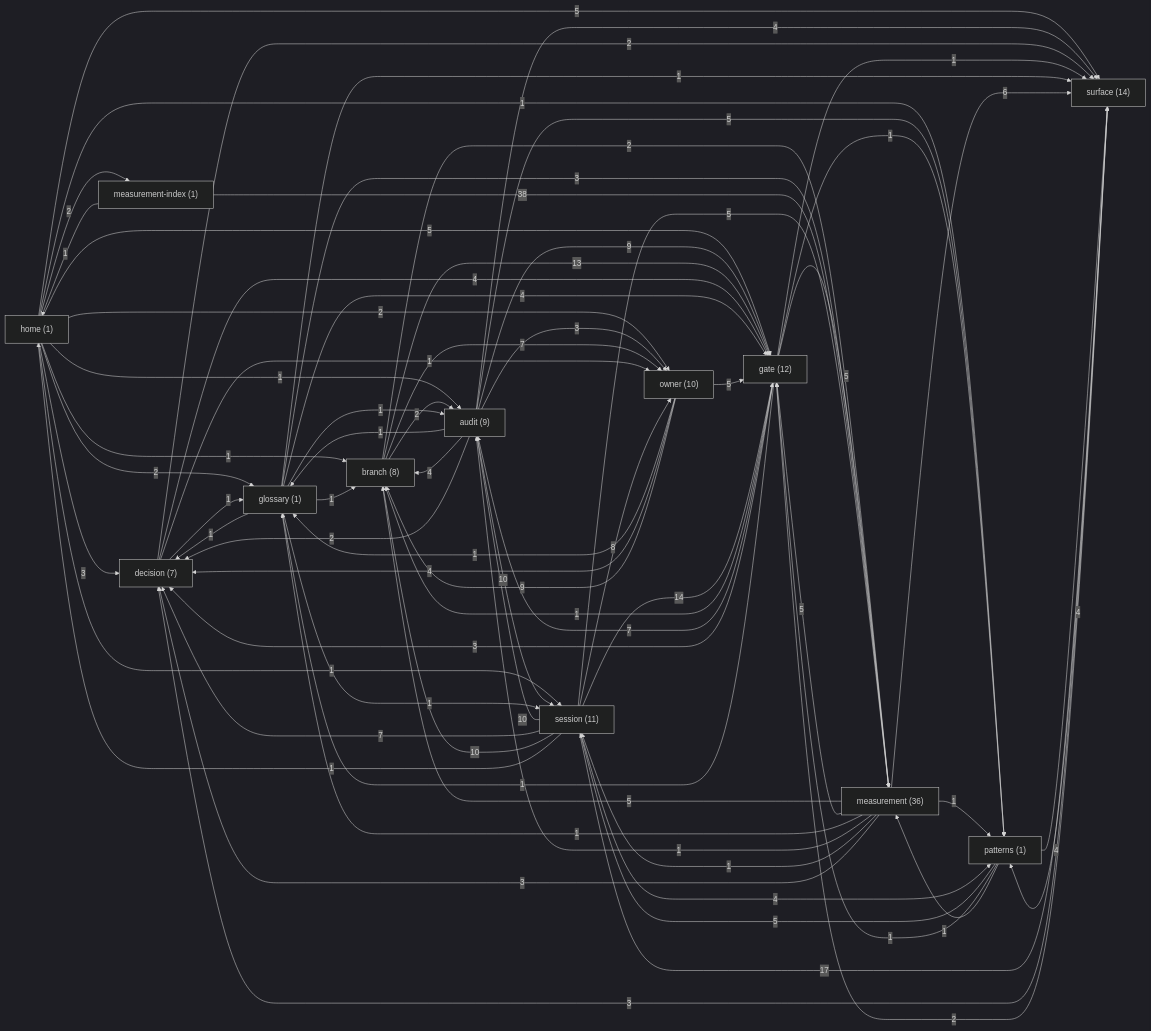
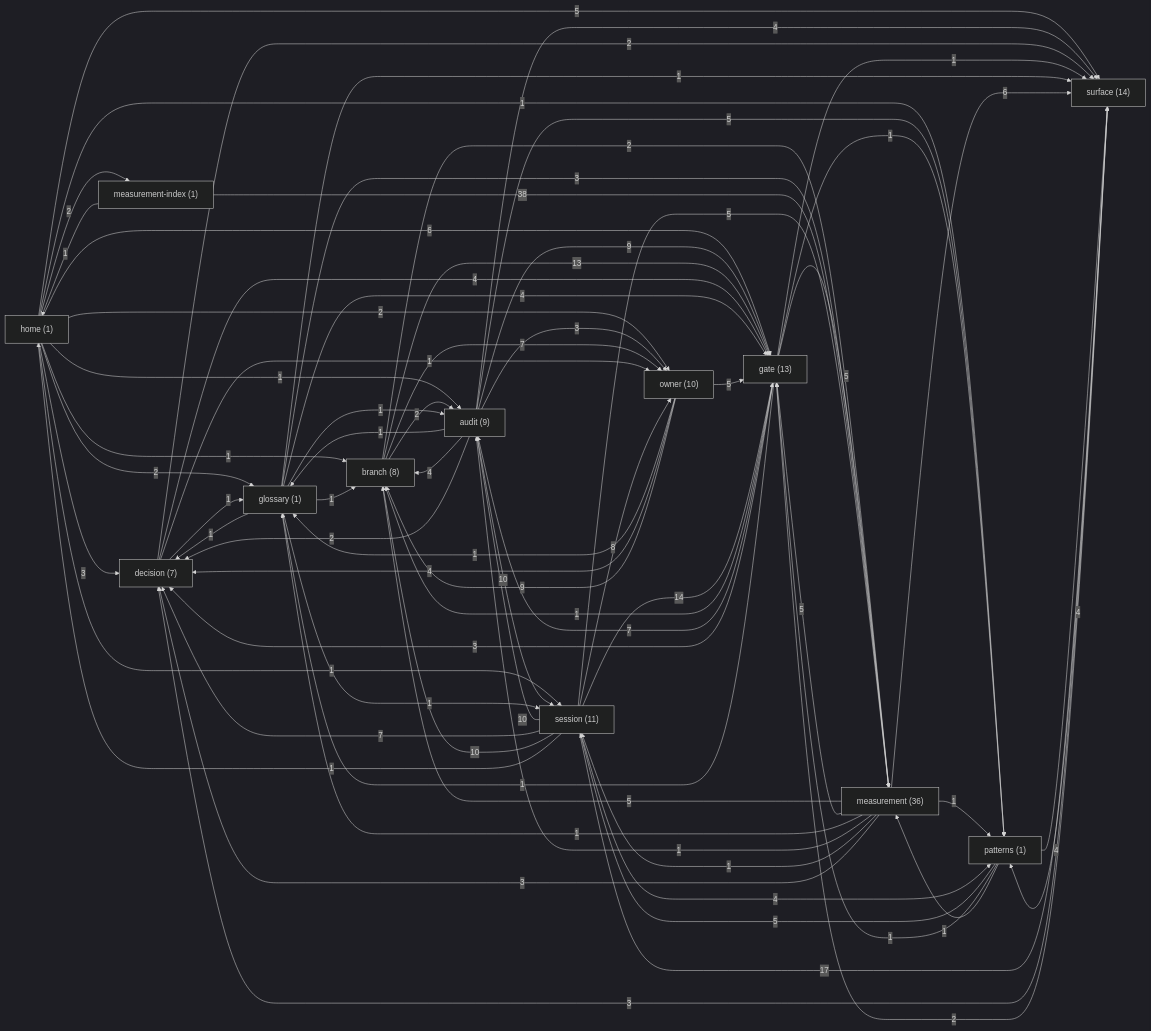
Before and after one commit to sergey9519546/STORYMACHINE: the diagram in docs/brain/GRAPH.md, drawn with Mermaid (dark theme). The commit also changed other lines of this file and 4 other files, not shown here.

```diff
--- a/docs/brain/GRAPH.md
+++ b/docs/brain/GRAPH.md
@@ -12,7 +12,7 @@
   audit["audit (9)"]
   branch["branch (8)"]
   decision["decision (7)"]
-  gate["gate (12)"]
+  gate["gate (13)"]
   glossary["glossary (1)"]
   measurement["measurement (36)"]
   measurement_index["measurement-index (1)"]
@@ -22,7 +22,7 @@
   surface["surface (14)"]
   home -->|3| decision
   home -->|2| glossary
-  home -->|5| gate
+  home -->|6| gate
   home -->|2| measurement_index
   home -->|2| owner
   home -->|5| surface
```
